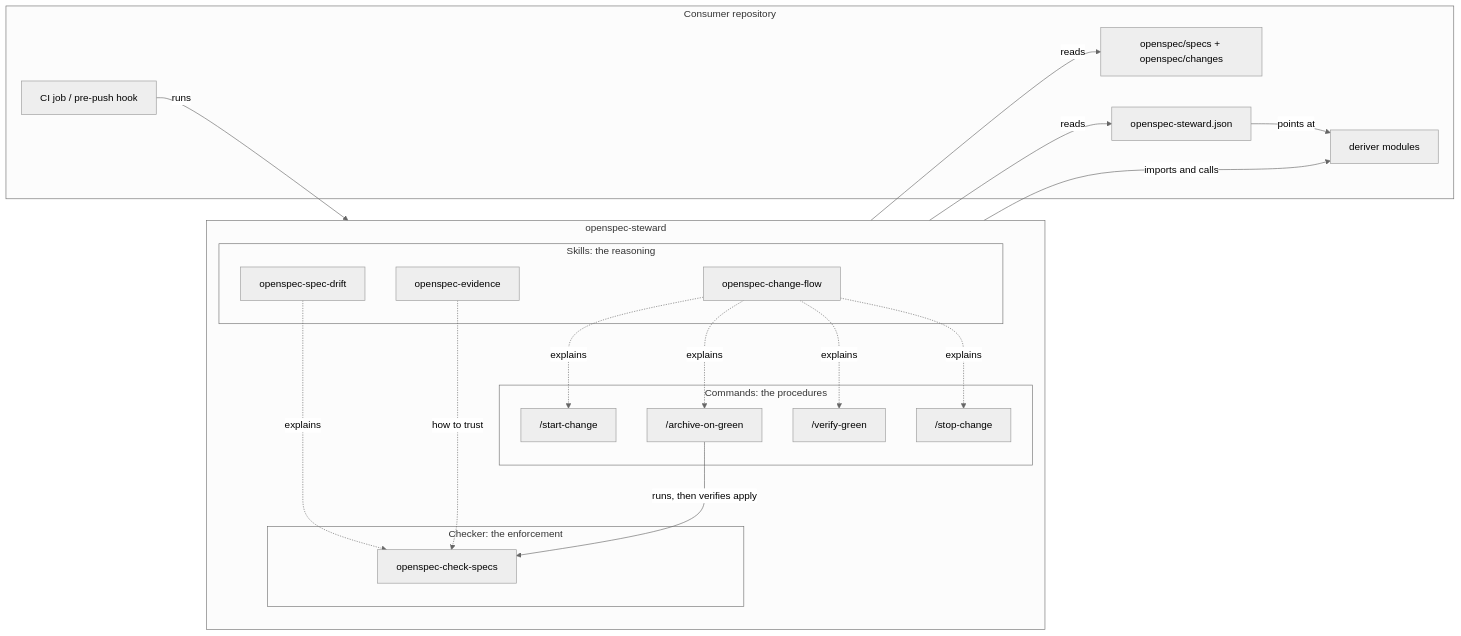
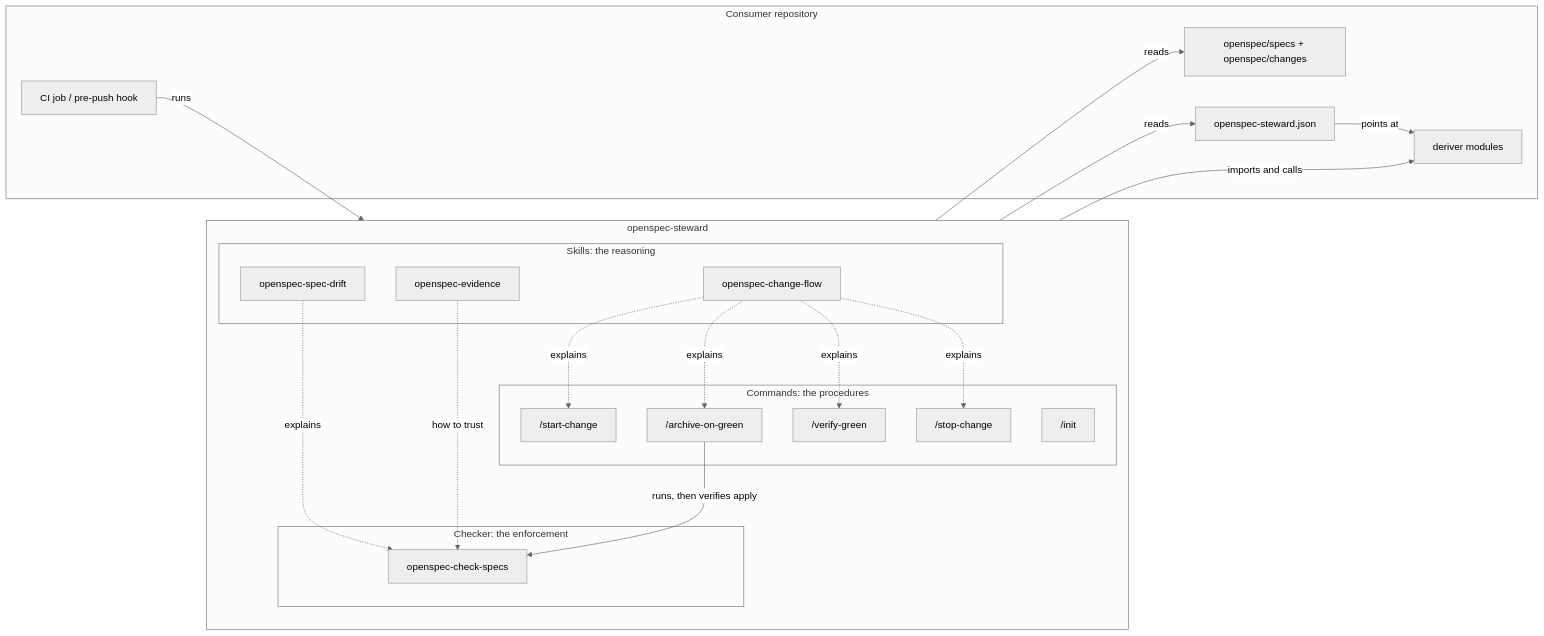
The diagram in docs/README.md (codecicada/openspec-flow), drawn with Mermaid (neutral theme) before and after one commit. The commit also changed other lines of this file and 13 other files, not shown here.

````diff
--- a/docs/README.md
+++ b/docs/README.md
@@ -31,40 +31,41 @@
 ```mermaid
 flowchart LR
   subgraph plugin["openspec-steward"]
     direction TB
     subgraph skills["Skills: the reasoning"]
       S1["openspec-change-flow"]
       S2["openspec-spec-drift"]
       S3["openspec-evidence"]
     end
     subgraph commands["Commands: the procedures"]
       C0["/start-change"]
       C1["/verify-green"]
       C2["/archive-on-green"]
       C3["/stop-change"]
+      C4["/init"]
     end
     subgraph checker["Checker: the enforcement"]
       K["openspec-check-specs"]
     end
   end
 
   subgraph consumer["Consumer repository"]
     O["openspec/specs + openspec/changes"]
     CFG["openspec-steward.json"]
     D["deriver modules"]
     CI["CI job / pre-push hook"]
   end
 
   S1 -. explains .-> C0
   S1 -. explains .-> C2
   S1 -. explains .-> C1
   S1 -. explains .-> C3
   S2 -. explains .-> K
   S3 -. "how to trust" .-> K
   C2 -- "runs, then verifies apply" --> K
   CI -- runs --> K
   K -- reads --> O
   K -- reads --> CFG
   CFG -- points at --> D
   K -- "imports and calls" --> D
 ```
````
